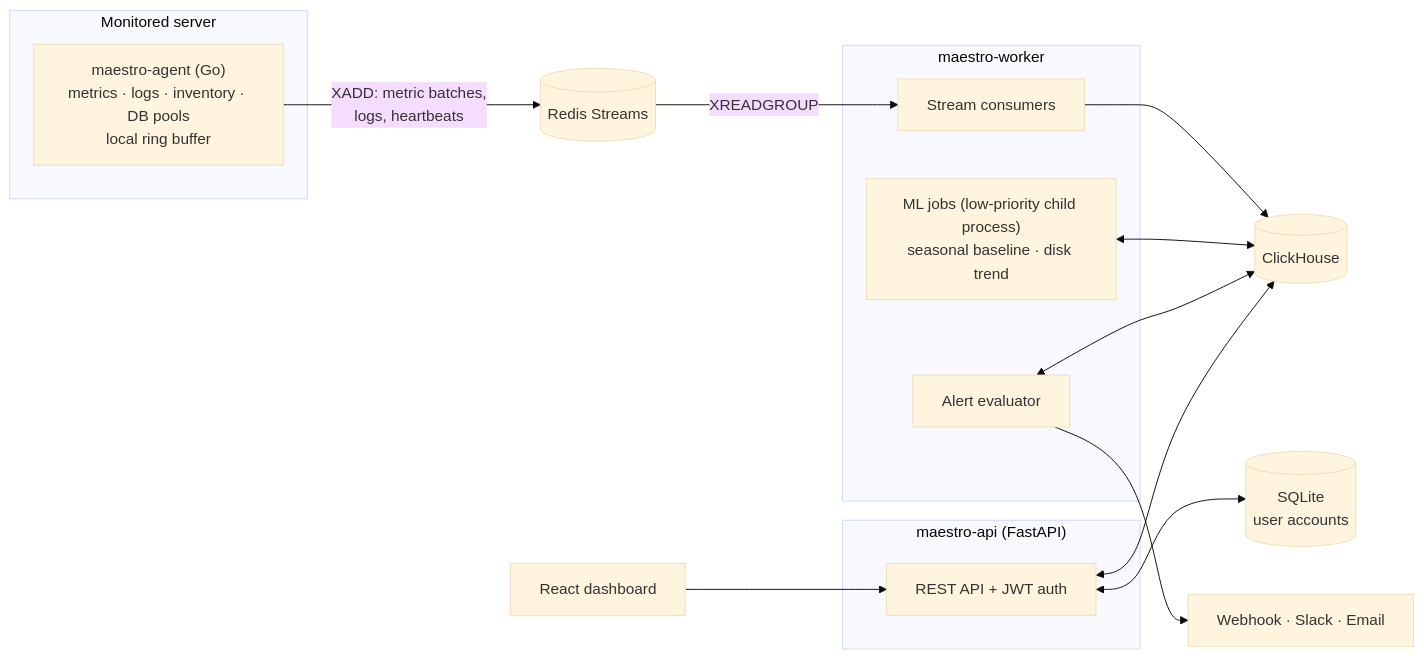
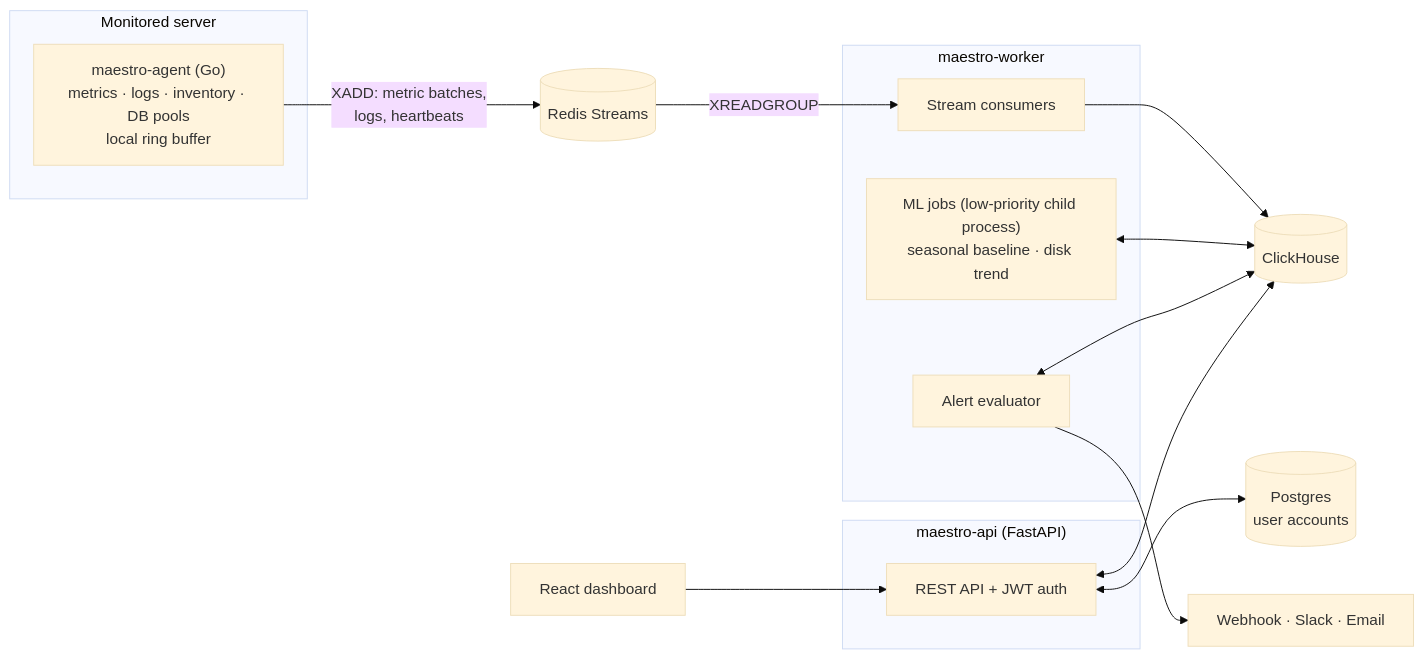
Before and after one commit to yuriPeixoto/maestro: the diagram in README.md, drawn with Mermaid (base theme). The commit also changed other lines of this file and 29 other files, not shown here.

First line of the commit message:
feat(api): accounts in Postgres (SQLAlchemy 2 + Alembic) (#112)

````diff
--- a/README.md
+++ b/README.md
@@ -26,27 +26,27 @@
 ```mermaid
 flowchart LR
     subgraph host["Monitored server"]
         agent["maestro-agent (Go)<br/>metrics · logs · inventory · DB pools<br/>local ring buffer"]
     end
 
     agent -- "XADD: metric batches,<br/>logs, heartbeats" --> redis[("Redis Streams")]
 
     subgraph worker["maestro-worker"]
         consumers["Stream consumers"]
         evaluator["Alert evaluator"]
         ml["ML jobs (low-priority child process)<br/>seasonal baseline · disk trend"]
     end
 
     subgraph api["maestro-api (FastAPI)"]
         rest["REST API + JWT auth"]
     end
 
     redis -- "XREADGROUP" --> consumers
     consumers --> ch[("ClickHouse")]
     ml <--> ch
     evaluator <--> ch
     rest <--> ch
-    rest <--> sqlite[("SQLite<br/>user accounts")]
+    rest <--> pg[("Postgres<br/>user accounts")]
     evaluator --> channels["Webhook · Slack · Email"]
     ui["React dashboard"] --> rest
 ```
````
